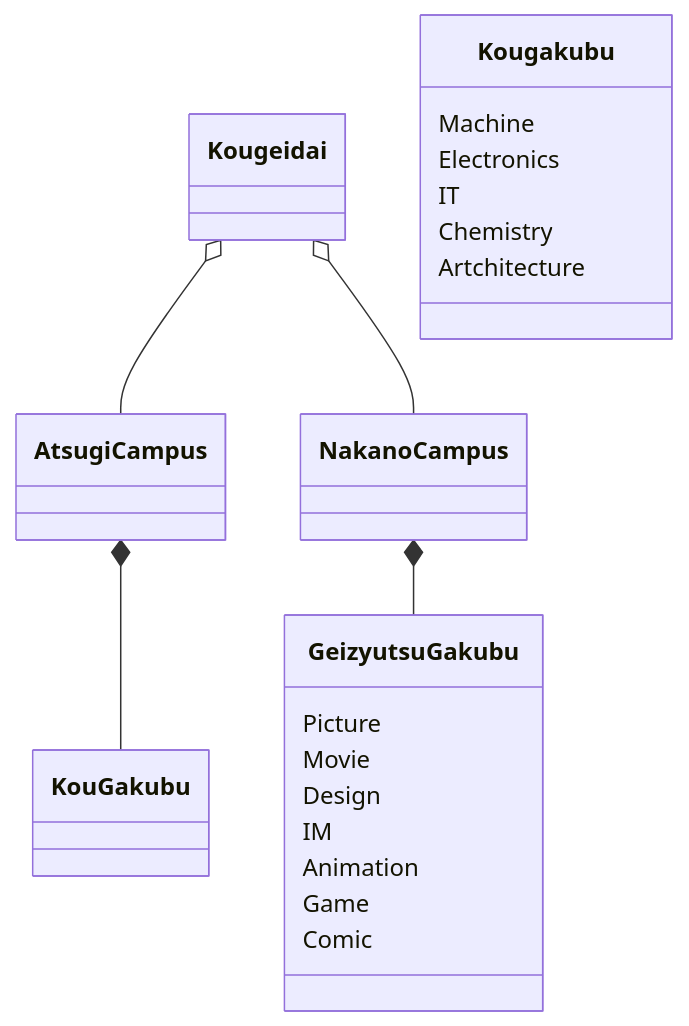
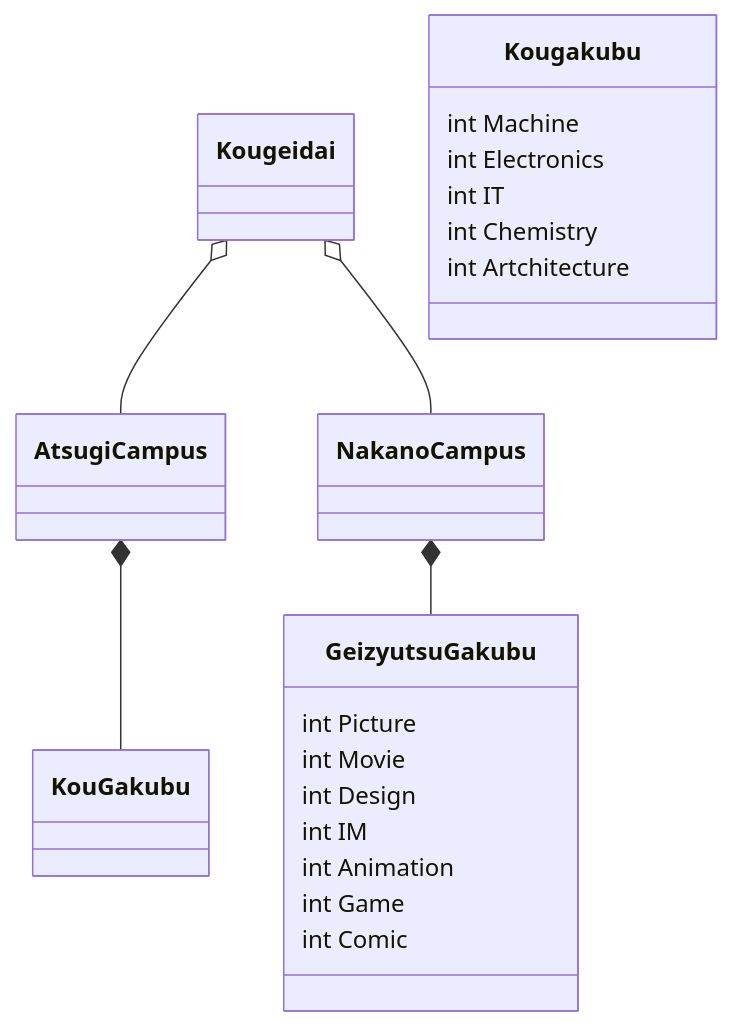
Before and after one commit to tpu-game-2022/mermaid_test: the third of 3 diagrams in README.md, drawn with Mermaid.

````diff
--- a/README.md
+++ b/README.md
@@ -85,19 +85,19 @@
 ```mermaid
 classDiagram
 Kougeidai o-- AtsugiCampus
 Kougeidai o-- NakanoCampus
 AtsugiCampus *-- KouGakubu
-Kougakubu:Machine
-Kougakubu:Electronics
-Kougakubu:IT
-Kougakubu:Chemistry
-Kougakubu:Artchitecture
+Kougakubu:int Machine
+Kougakubu:int Electronics
+Kougakubu:int IT
+Kougakubu:int Chemistry
+Kougakubu:int Artchitecture
 NakanoCampus *-- GeizyutsuGakubu
-GeizyutsuGakubu:Picture
-GeizyutsuGakubu:Movie
-GeizyutsuGakubu:Design
-GeizyutsuGakubu:IM
-GeizyutsuGakubu:Animation
-GeizyutsuGakubu:Game
-GeizyutsuGakubu:Comic
+GeizyutsuGakubu:int Picture
+GeizyutsuGakubu:int Movie
+GeizyutsuGakubu:int Design
+GeizyutsuGakubu:int IM
+GeizyutsuGakubu:int Animation
+GeizyutsuGakubu:int Game
+GeizyutsuGakubu:int Comic
 ```
````
